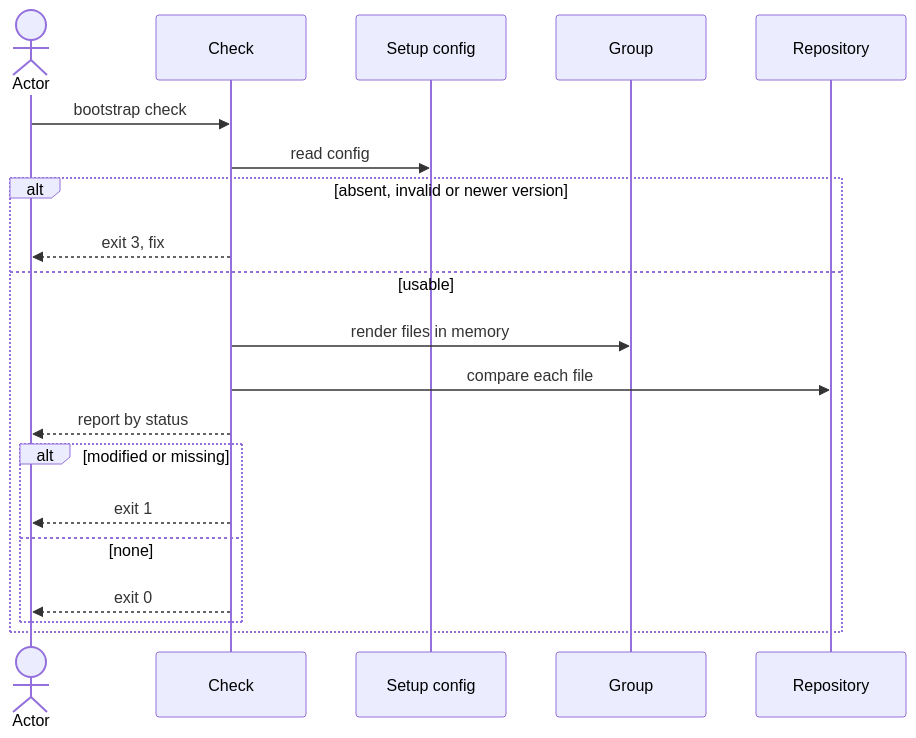
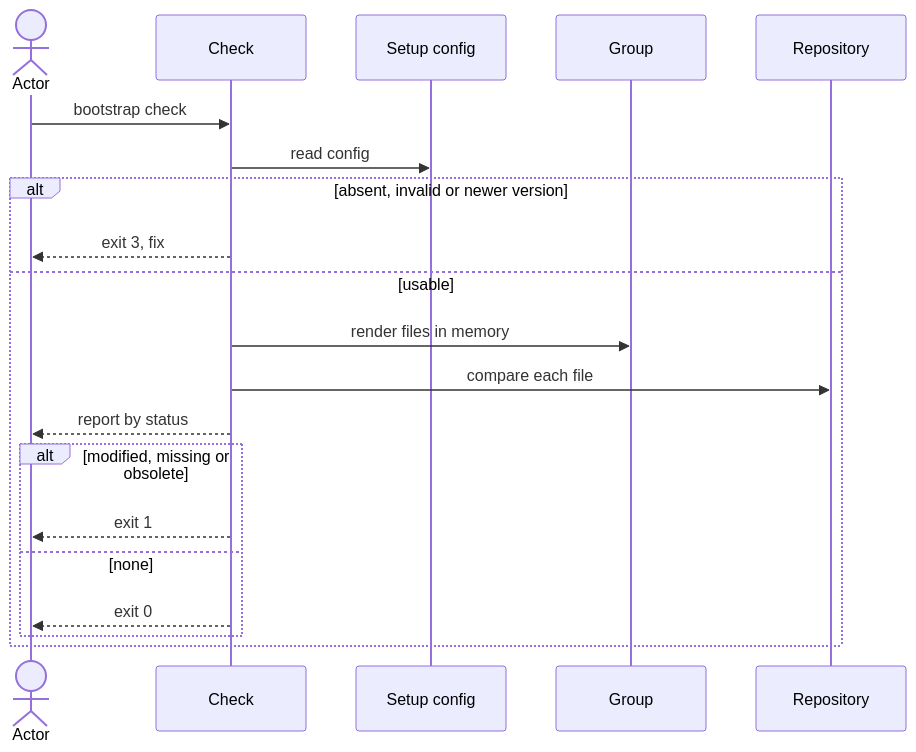
Before and after one commit to virajp/bootstrap: the diagram in docs/blueprint/flows/cli/120-check-drift/index.md, drawn with Mermaid. The commit also changed other lines of this file and 6 other files, not shown here.

Commit message:
docs: blueprint flow cli/130-update-repository, files and deleted lists

````diff
--- a/docs/blueprint/flows/cli/120-check-drift/index.md
+++ b/docs/blueprint/flows/cli/120-check-drift/index.md
@@ -75,22 +80,22 @@
 ```mermaid
 sequenceDiagram
     actor O as Actor
     participant K as Check
     participant C as Setup config
     participant G as Group
     participant R as Repository
     O->>K: bootstrap check
     K->>C: read config
     alt absent, invalid or newer version
         K-->>O: exit 3, fix
     else usable
         K->>G: render files in memory
         K->>R: compare each file
         K-->>O: report by status
-        alt modified or missing
+        alt modified, missing or obsolete
             K-->>O: exit 1
         else none
             K-->>O: exit 0
         end
     end
 ```
````
